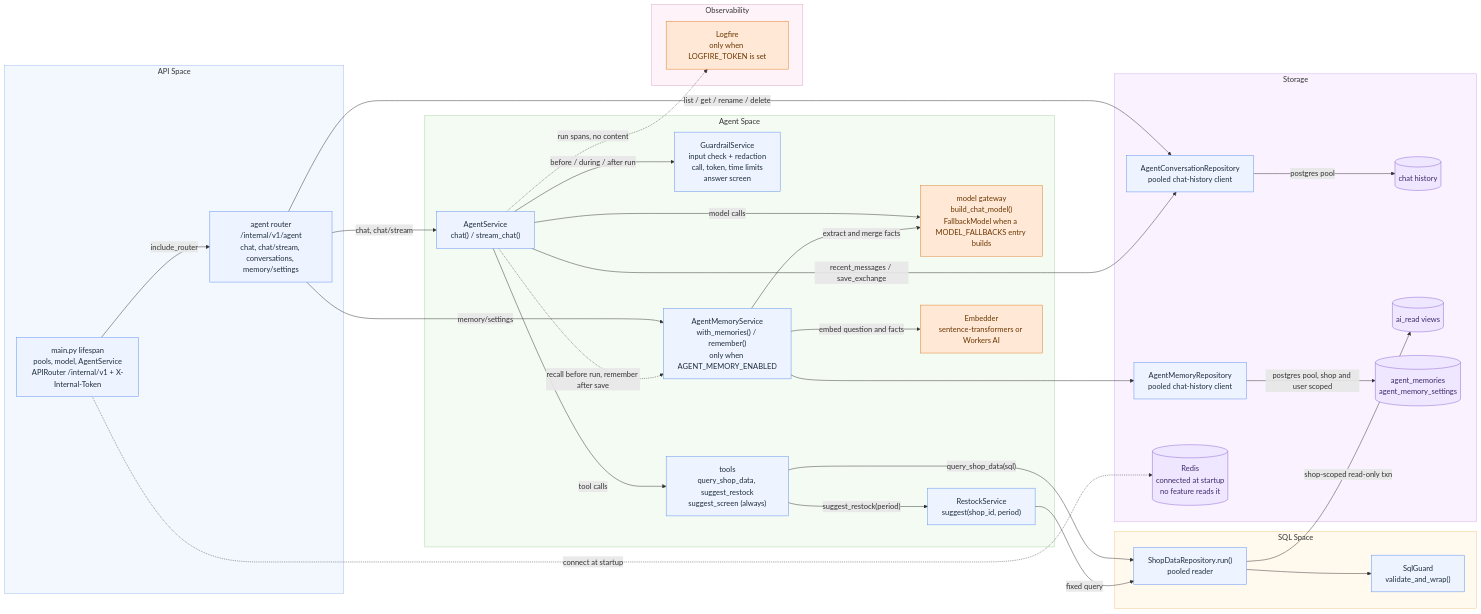
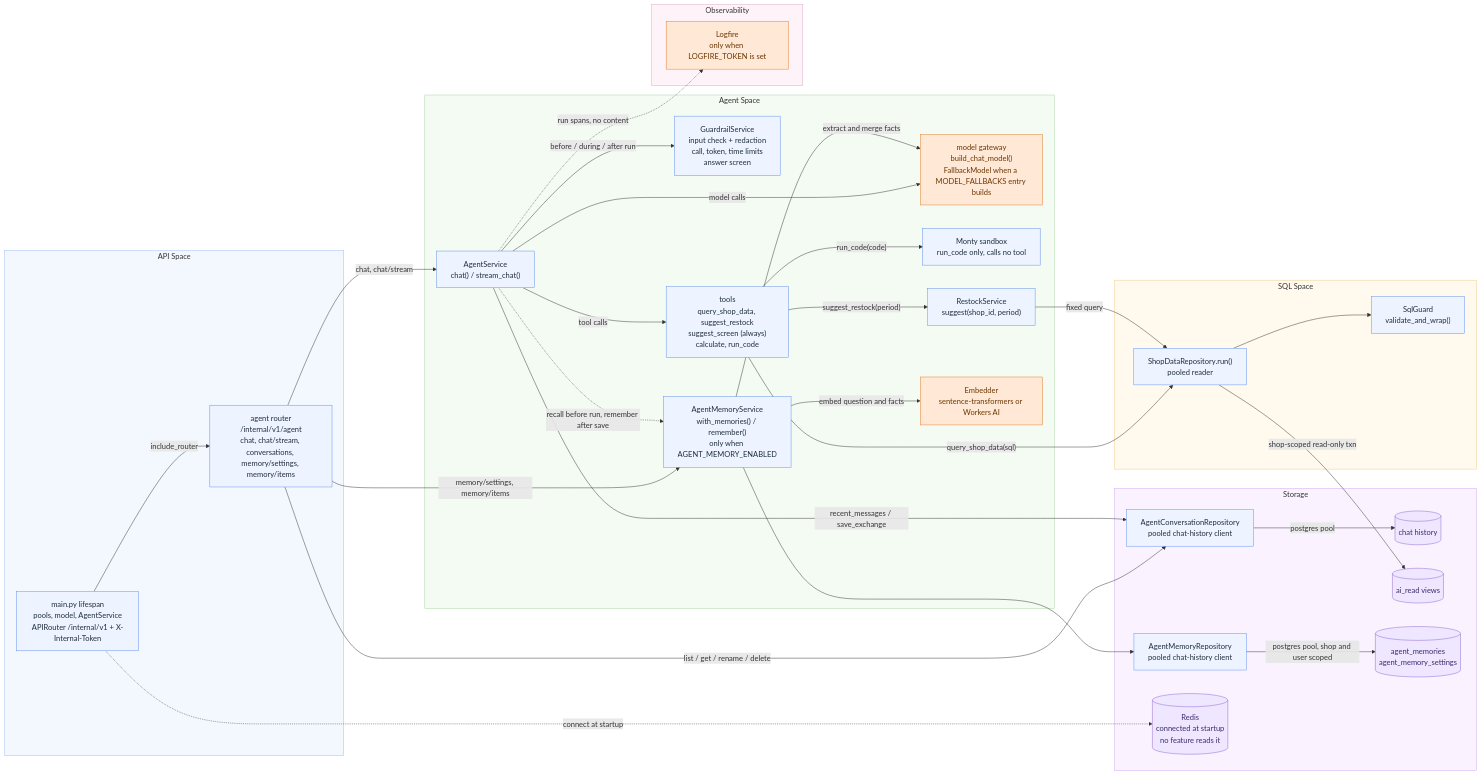
Before and after one commit to miphu2804/smart-ledger: diagram 13 of 14 in docs/architecture/service-walkthrough/README.md, drawn with Mermaid. The commit also changed other lines of this file and 11 other files, not shown here.

````diff
--- a/docs/architecture/service-walkthrough/README.md
+++ b/docs/architecture/service-walkthrough/README.md
@@ -600,68 +600,70 @@
 ```mermaid
 flowchart LR
     subgraph API["API Space"]
         MAIN["main.py lifespan<br/>pools, model, AgentService<br/>APIRouter /internal/v1 + X-Internal-Token"]
-        ROUTER["agent router<br/>/internal/v1/agent<br/>chat, chat/stream, conversations, memory/settings"]
+        ROUTER["agent router<br/>/internal/v1/agent<br/>chat, chat/stream, conversations, memory/settings, memory/items"]
     end
 
     subgraph Agent["Agent Space"]
         SVC["AgentService<br/>chat() / stream_chat()"]
         GUARD["GuardrailService<br/>input check + redaction<br/>call, token, time limits<br/>answer screen"]
         MODEL["model gateway<br/>build_chat_model()<br/>FallbackModel when a MODEL_FALLBACKS entry builds"]
-        TOOLS["tools<br/>query_shop_data, suggest_restock<br/>suggest_screen (always)"]
+        TOOLS["tools<br/>query_shop_data, suggest_restock<br/>suggest_screen (always)<br/>calculate, run_code"]
+        SANDBOX["Monty sandbox<br/>run_code only, calls no tool"]
         RESTOCK["RestockService<br/>suggest(shop_id, period)"]
         MEM["AgentMemoryService<br/>with_memories() / remember()<br/>only when AGENT_MEMORY_ENABLED"]
         EMB["Embedder<br/>sentence-transformers or Workers AI"]
     end
 
     subgraph SQL["SQL Space"]
         EXEC["ShopDataRepository.run()<br/>pooled reader"]
         SG["SqlGuard<br/>validate_and_wrap()"]
     end
 
     subgraph Store["Storage"]
         REPO["AgentConversationRepository<br/>pooled chat-history client"]
         PG[("chat history")]
         VIEWS[("ai_read views")]
         MREPO["AgentMemoryRepository<br/>pooled chat-history client"]
         MEMDB[("agent_memories<br/>agent_memory_settings")]
         REDIS[("Redis<br/>connected at startup<br/>no feature reads it")]
     end
 
     subgraph Obs["Observability"]
         LF["Logfire<br/>only when LOGFIRE_TOKEN is set"]
     end
 
     MAIN -->|"include_router"| ROUTER
     MAIN -.->|"connect at startup"| REDIS
     ROUTER -->|"chat, chat/stream"| SVC
     ROUTER -->|"list / get / rename / delete"| REPO
     SVC -->|"before / during / after run"| GUARD
     SVC -->|"model calls"| MODEL
     SVC -->|"tool calls"| TOOLS
     SVC -->|"recent_messages / save_exchange"| REPO
     SVC -.->|"run spans, no content"| LF
     TOOLS -->|"query_shop_data(sql)"| EXEC
     TOOLS -->|"suggest_restock(period)"| RESTOCK -->|"fixed query"| EXEC
+    TOOLS -->|"run_code(code)"| SANDBOX
     EXEC --> SG
     EXEC -->|"shop-scoped read-only txn"| VIEWS
     REPO -->|"postgres pool"| PG
-    ROUTER -->|"memory/settings"| MEM
+    ROUTER -->|"memory/settings, memory/items"| MEM
     SVC -.->|"recall before run, remember after save"| MEM
     MEM -->|"embed question and facts"| EMB
     MEM -->|"extract and merge facts"| MODEL
     MEM --> MREPO -->|"postgres pool, shop and user scoped"| MEMDB
     classDef default fill:#eef4ff,stroke:#5b8def,color:#1f2d3d
     classDef decision fill:#fff4cc,stroke:#d4a017,color:#5c4400
     classDef error fill:#fde2e1,stroke:#d9534f,color:#8a1f1b
     classDef terminal fill:#dff5e3,stroke:#3c9d5d,color:#1e5631
     classDef store fill:#efe6ff,stroke:#8a63d2,color:#3d2a6b
     classDef shared fill:#ffe9d6,stroke:#e07b24,color:#6b3500
     class PG,VIEWS,REDIS,MEMDB store
     class MODEL,LF,EMB shared
     style API fill:#f3f8ff,stroke:#9dbcf5
     style Agent fill:#f4fbf2,stroke:#a8d5a2
     style SQL fill:#fff9ee,stroke:#f0c987
     style Store fill:#faf3ff,stroke:#cfa8f0
     style Obs fill:#fdf3f8,stroke:#e0a3c4
 ```
````
